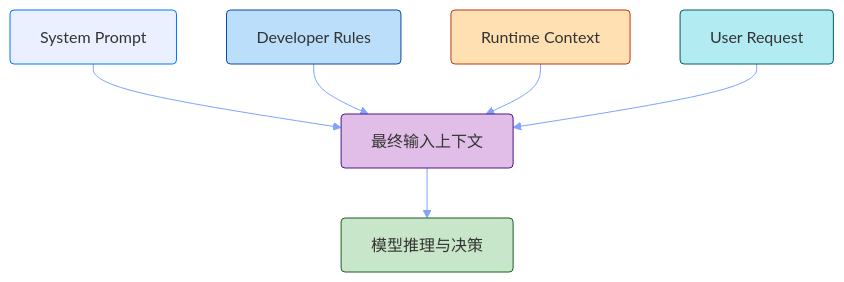
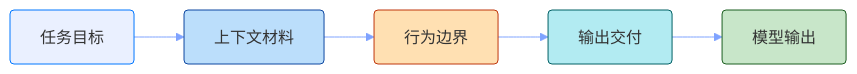
One commit to youngluo/thinking changed the first of 2 diagrams in apps/docs/experiences/Agent/提示词工程.md. Above: the diagram before and after it, drawn with Mermaid. The commit also changed other lines of this file and 15 other files, not shown here.

````diff
--- a/apps/docs/experiences/Agent/提示词工程.md
+++ b/apps/docs/experiences/Agent/提示词工程.md
@@ -363,16 +60,14 @@
 ```mermaid
 %%{init: {'themeVariables': {'lineColor': '#7fa3ff'}}}%%
-flowchart TD
-    A[System Prompt] --> E[最终输入上下文]
-    B[Developer Rules] --> E
-    C[Runtime Context] --> E
-    D[User Request] --> E
-    E --> F[模型推理与决策]
+flowchart LR
+    A[任务目标] --> B[上下文材料]
+    B --> C[行为边界]
+    C --> D[输出交付]
+    D --> E[模型输出]
 
     style A fill:#7fa3ff29,stroke:#07f,stroke-width:1px,rx:4,ry:4
     style B fill:#bbdefb,stroke:#0d47a1,stroke-width:1px,rx:4,ry:4
     style C fill:#ffe0b2,stroke:#bf360c,stroke-width:1px,rx:4,ry:4
     style D fill:#b2ebf2,stroke:#006064,stroke-width:1px,rx:4,ry:4
-    style E fill:#e1bee7,stroke:#4a148c,stroke-width:1px,rx:4,ry:4
-    style F fill:#c8e6c9,stroke:#1b5e20,stroke-width:1px,rx:4,ry:4
+    style E fill:#c8e6c9,stroke:#1b5e20,stroke-width:1px,rx:4,ry:4
 ```
````
